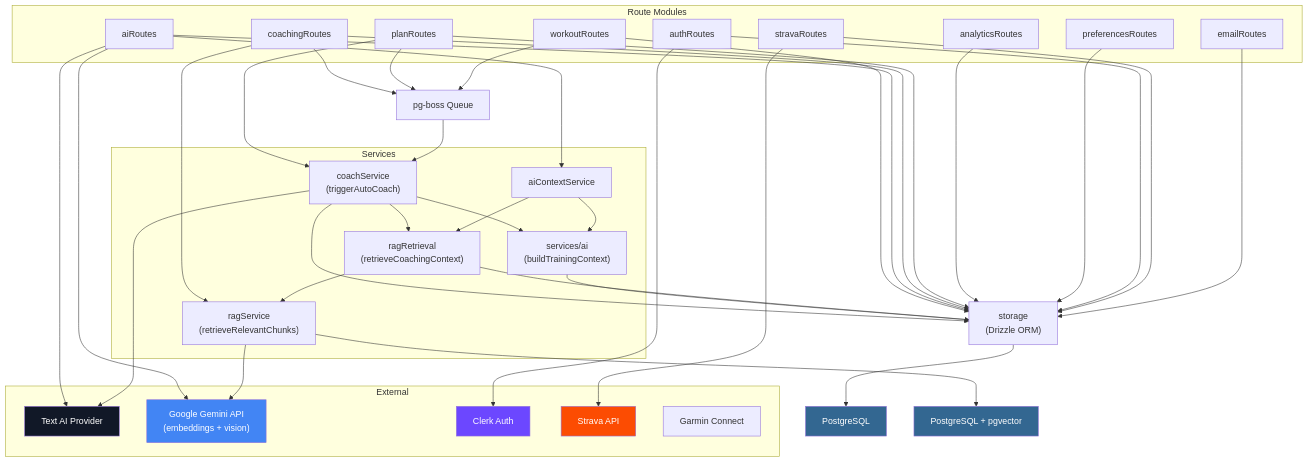
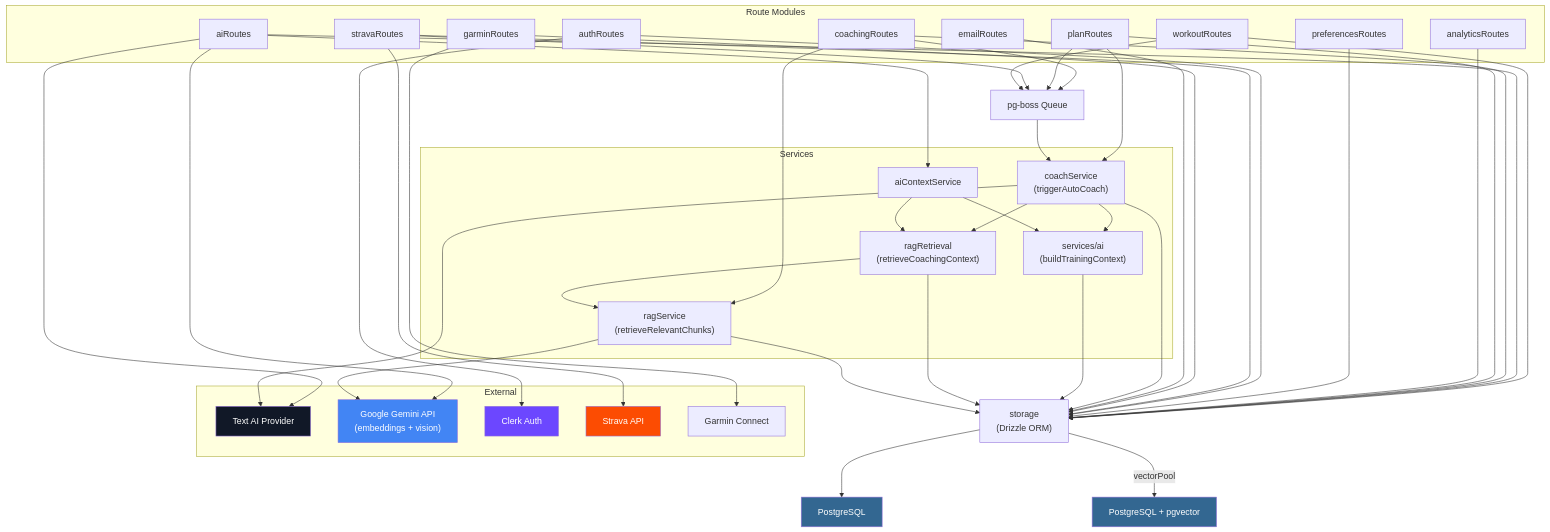
The seventh of 8 diagrams in docs/architecture.md (daler91/Hyrox-Companion), drawn with Mermaid before and after one commit. The commit also changed other lines of this file and 1 other file, not shown here.

First line of the commit message:
docs(architecture, server): verify flows, dependency graph and env table

```diff
--- a/docs/architecture.md
+++ b/docs/architecture.md
@@ -350,6 +353,7 @@
         R_PLANS["planRoutes"]
         R_COACHING["coachingRoutes"]
         R_STRAVA["stravaRoutes"]
+        R_GARMIN["garminRoutes"]
     end
 
     subgraph Services
@@ -390,6 +394,9 @@
     R_AUTH --> STORAGE
     R_STRAVA --> STRAVA_API
     R_STRAVA --> STORAGE
+    R_STRAVA --> QUEUE
+    R_GARMIN --> GARMIN_API
+    R_GARMIN --> STORAGE
     R_EMAIL --> STORAGE
 
     S_COACH --> S_AI
@@ -403,10 +410,11 @@
     S_AI --> STORAGE
     S_RAG --> S_RAG_SVC
     S_RAG --> STORAGE
-    S_RAG_SVC --> PGVEC
+    S_RAG_SVC --> STORAGE
     S_RAG_SVC --> GEMINI
 
     STORAGE --> PG
+    STORAGE -- "vectorPool" --> PGVEC
     R_WORKOUTS --> QUEUE
     QUEUE --> S_COACH
 
```
